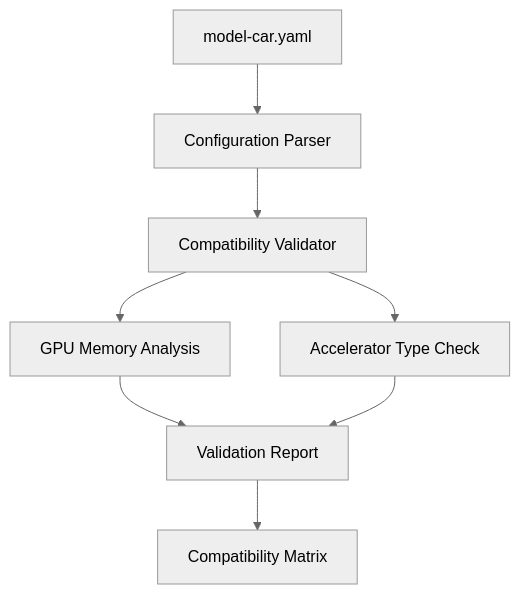
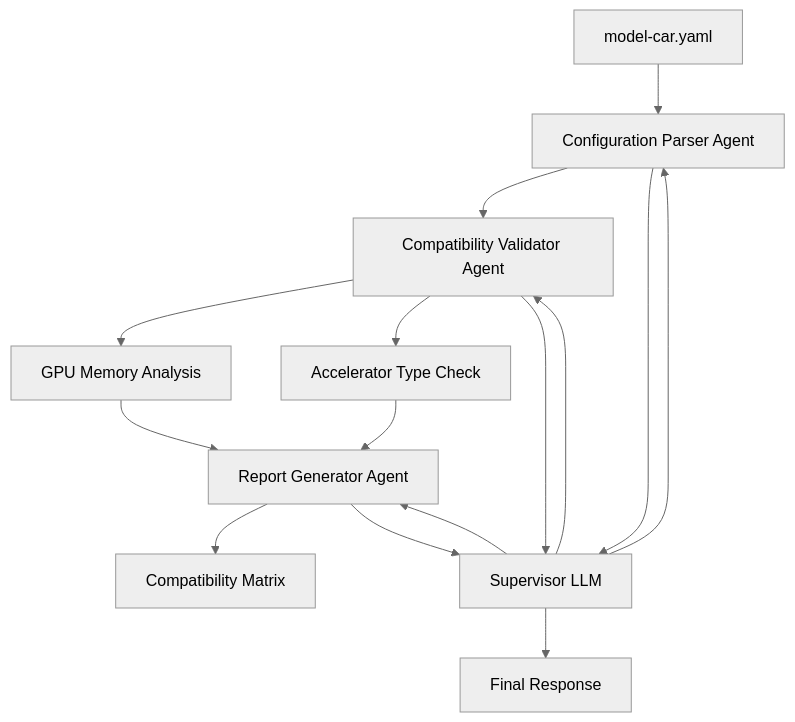
Before and after one commit to Raghul-M/Runtimes_Deployment-Agent: the third of 4 diagrams in README.md, drawn with Mermaid (neutral theme). The commit also changed other lines of this file, not shown here.

````diff
--- a/README.md
+++ b/README.md
@@ -24,10 +107,18 @@
 ```mermaid
 graph TD
-    A[model-car.yaml] --> B[Configuration Parser]
-    B --> C[Compatibility Validator]
+    A[model-car.yaml] --> B[Configuration Parser Agent]
+    B --> C[Compatibility Validator Agent]
     C --> D[GPU Memory Analysis]
     C --> E[Accelerator Type Check]
-    D --> F[Validation Report]
+    D --> F[Report Generator Agent]
     E --> F
     F --> G[Compatibility Matrix]
+    
+    S[Supervisor LLM] --> B
+    S --> C
+    S --> F
+    B --> S
+    C --> S
+    F --> S
+    S --> R[Final Response]
 ```
````
